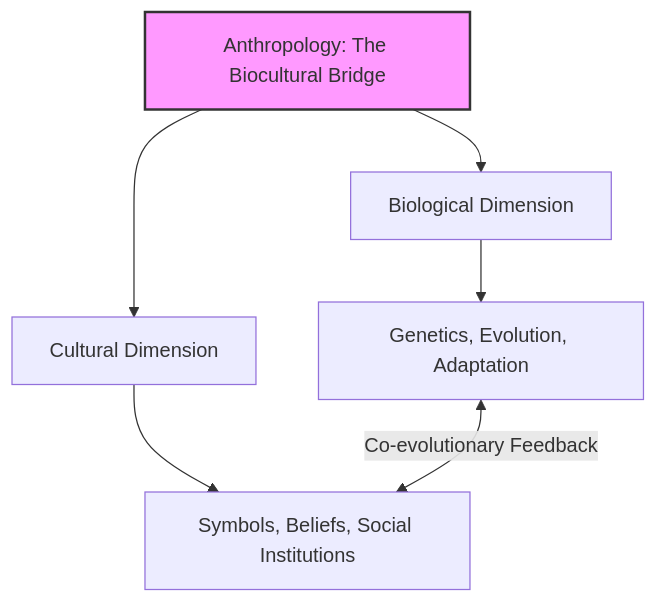
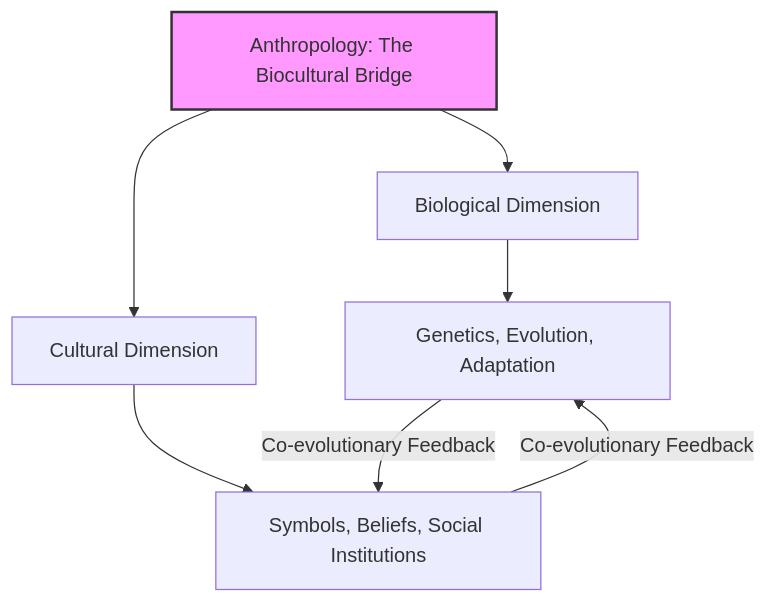
One commit to ashish-upsc/anthro changed the first of 4 diagrams in Value_Addition/Paper_1/value_add_4_methods_and_applications_unit_1_1.md. Above: the diagram before and after it, drawn with Mermaid. The commit also changed other lines of this file and 3 other files, not shown here.

Commit message:
fix(mermaid): resolve syntax errors in value-add notes flowcharts and charts

````diff
--- a/Value_Addition/Paper_1/value_add_4_methods_and_applications_unit_1_1.md
+++ b/Value_Addition/Paper_1/value_add_4_methods_and_applications_unit_1_1.md
@@ -15,9 +15,10 @@
 ```mermaid
 graph TD
-    A[Anthropology: The Biocultural Bridge] --> B[Biological Dimension]
-    A --> C[Cultural Dimension]
-    B --> D[Genetics, Evolution, Adaptation]
-    C --> E[Symbols, Beliefs, Social Institutions]
-    D <-->|Co-evolutionary Feedback| E
+    A["Anthropology: The Biocultural Bridge"] --> B["Biological Dimension"]
+    A --> C["Cultural Dimension"]
+    B --> D["Genetics, Evolution, Adaptation"]
+    C --> E["Symbols, Beliefs, Social Institutions"]
+    D -->|Co-evolutionary Feedback| E
+    E -->|Co-evolutionary Feedback| D
     style A fill:#f9f,stroke:#333,stroke-width:2px
 ```
````
